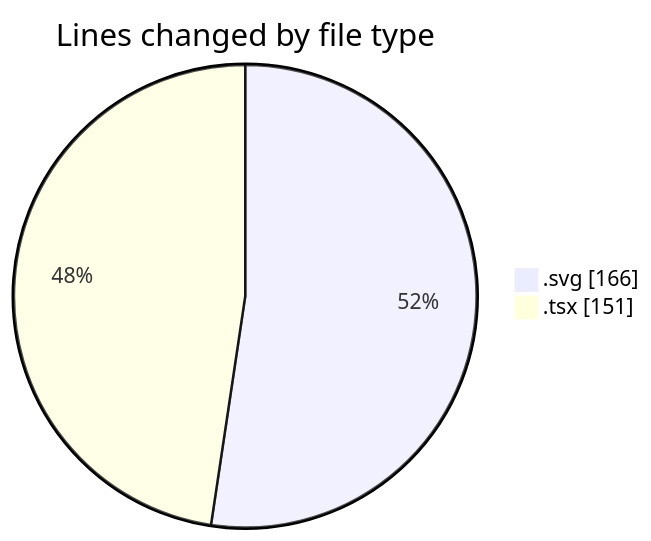
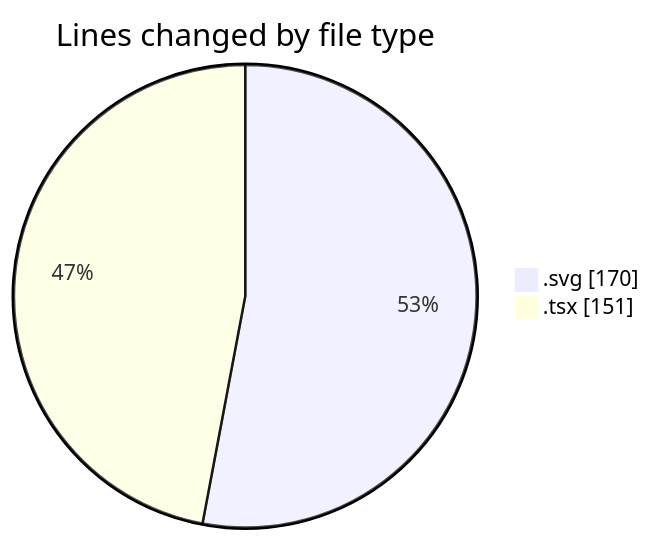
Before and after one commit to EIIisD/code-tracking: the first of 2 diagrams in 2025-08-06/tw-server/README.md, drawn with Mermaid. The commit also changed other lines of this file and 1 other file, not shown here.

````diff
--- a/2025-08-06/tw-server/README.md
+++ b/2025-08-06/tw-server/README.md
@@ -22,6 +22,6 @@
 ```mermaid
 pie showData
 title Lines changed by file type
-".svg" : 166
+".svg" : 170
 ".tsx" : 151
 ```
````
